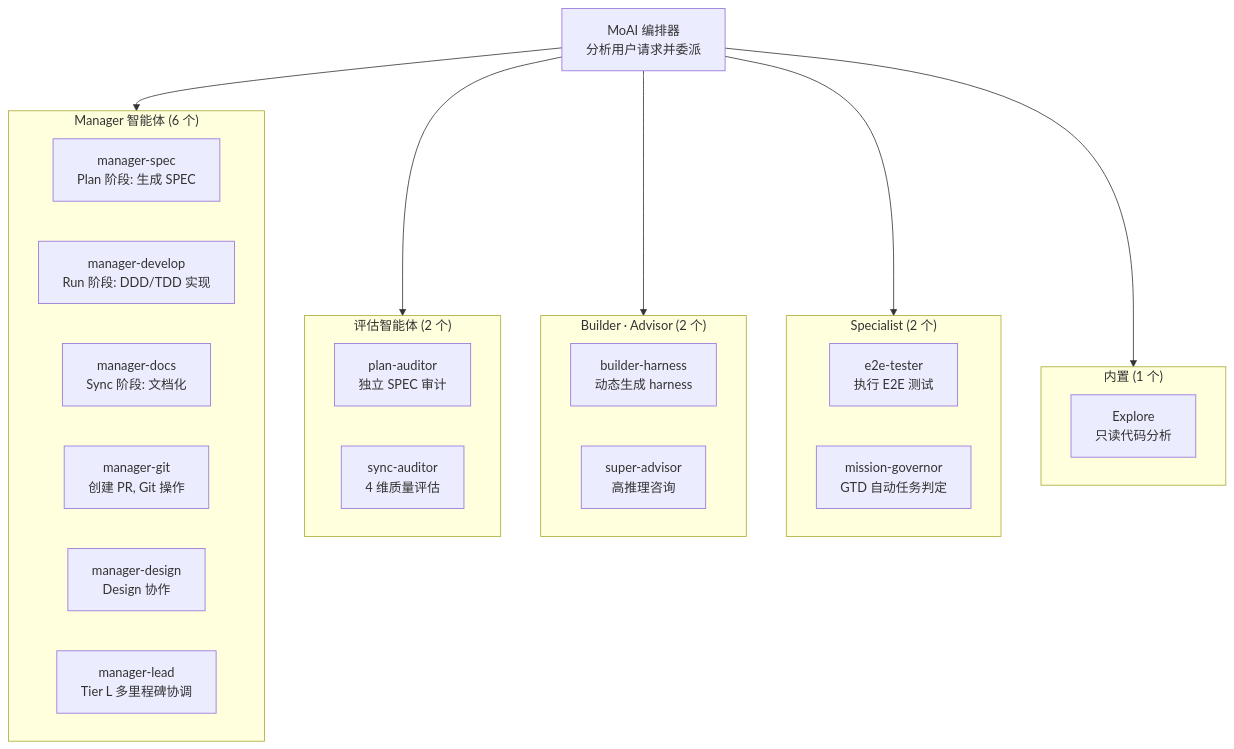
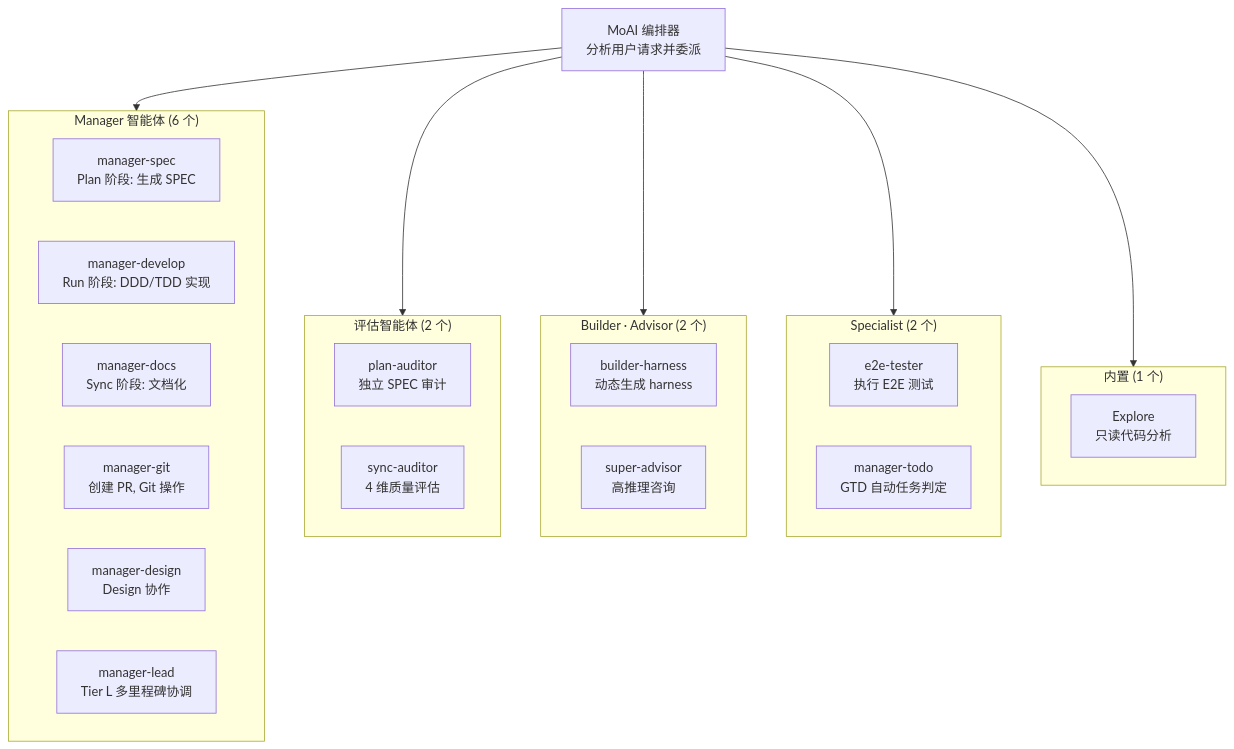
The second of 4 diagrams in docs-site/content/zh/core-concepts/what-is-moai-adk.md (modu-ai/moai-adk), drawn with Mermaid before and after one commit. The commit also changed other lines of this file and 33 other files, not shown here.

First line of the commit message:
docs(SPEC-MANAGER-TODO-001): M5 docs-site manager-todo refresh + run-phase evidence (card t1306)

````diff
--- a/docs-site/content/zh/core-concepts/what-is-moai-adk.md
+++ b/docs-site/content/zh/core-concepts/what-is-moai-adk.md
@@ -266,38 +266,38 @@
 ```mermaid
 flowchart TD
     MoAI["MoAI 编排器\n分析用户请求并委派"]
 
     subgraph Managers["Manager 智能体 (6 个)"]
         M1["manager-spec\nPlan 阶段: 生成 SPEC"]
         M2["manager-develop\nRun 阶段: DDD/TDD 实现"]
         M3["manager-docs\nSync 阶段: 文档化"]
         M4["manager-git\n创建 PR, Git 操作"]
         M5["manager-design\nDesign 协作"]
         M6["manager-lead\nTier L 多里程碑协调"]
     end
 
     subgraph Evaluators["评估智能体 (2 个)"]
         E1["plan-auditor\n独立 SPEC 审计"]
         E2["sync-auditor\n4 维质量评估"]
     end
 
     subgraph BuilderAdvisor["Builder · Advisor (2 个)"]
         B1["builder-harness\n动态生成 harness"]
         B2["super-advisor\n高推理咨询"]
     end
 
     subgraph Specialist["Specialist (2 个)"]
         S1["e2e-tester\n执行 E2E 测试"]
-        S2["mission-governor\nGTD 自动任务判定"]
+        S2["manager-todo\nGTD 自动任务判定"]
     end
 
     subgraph Explore["内置 (1 个)"]
         X1["Explore\n只读代码分析"]
     end
 
     MoAI --> Managers
     MoAI --> Evaluators
     MoAI --> BuilderAdvisor
     MoAI --> Specialist
     MoAI --> Explore
 ```
````
